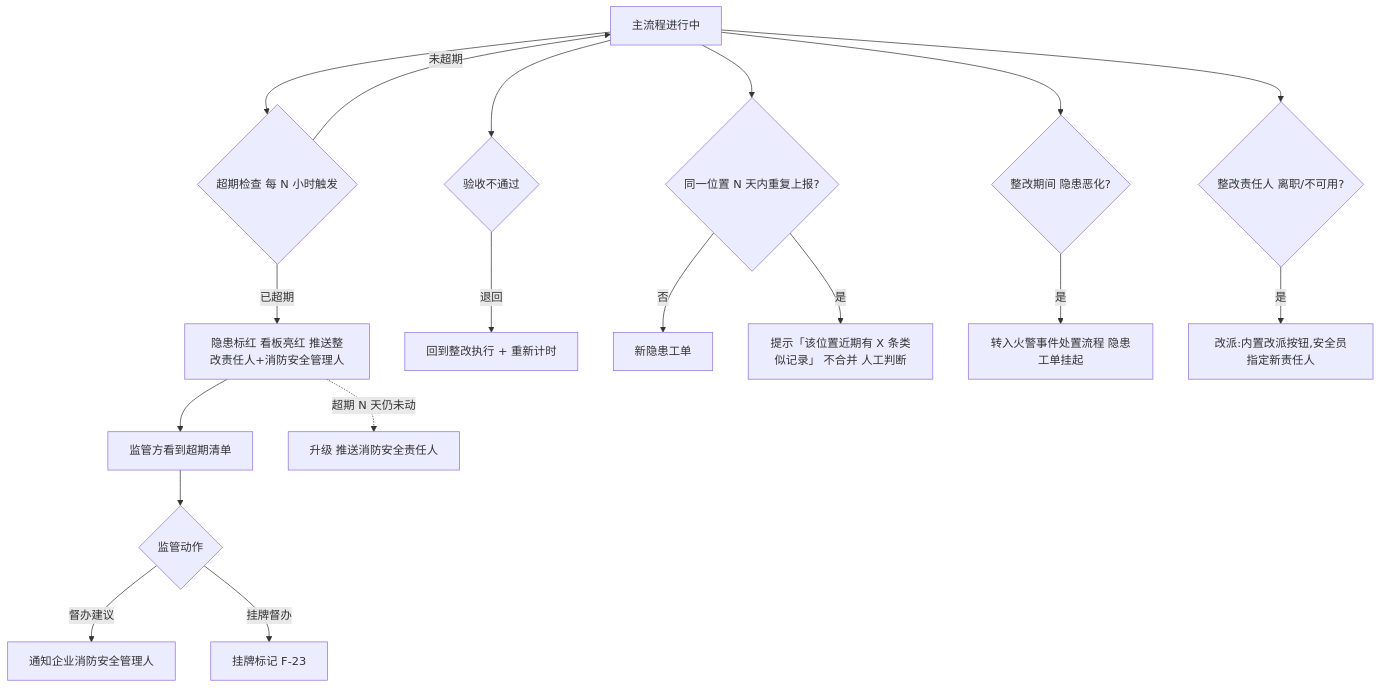
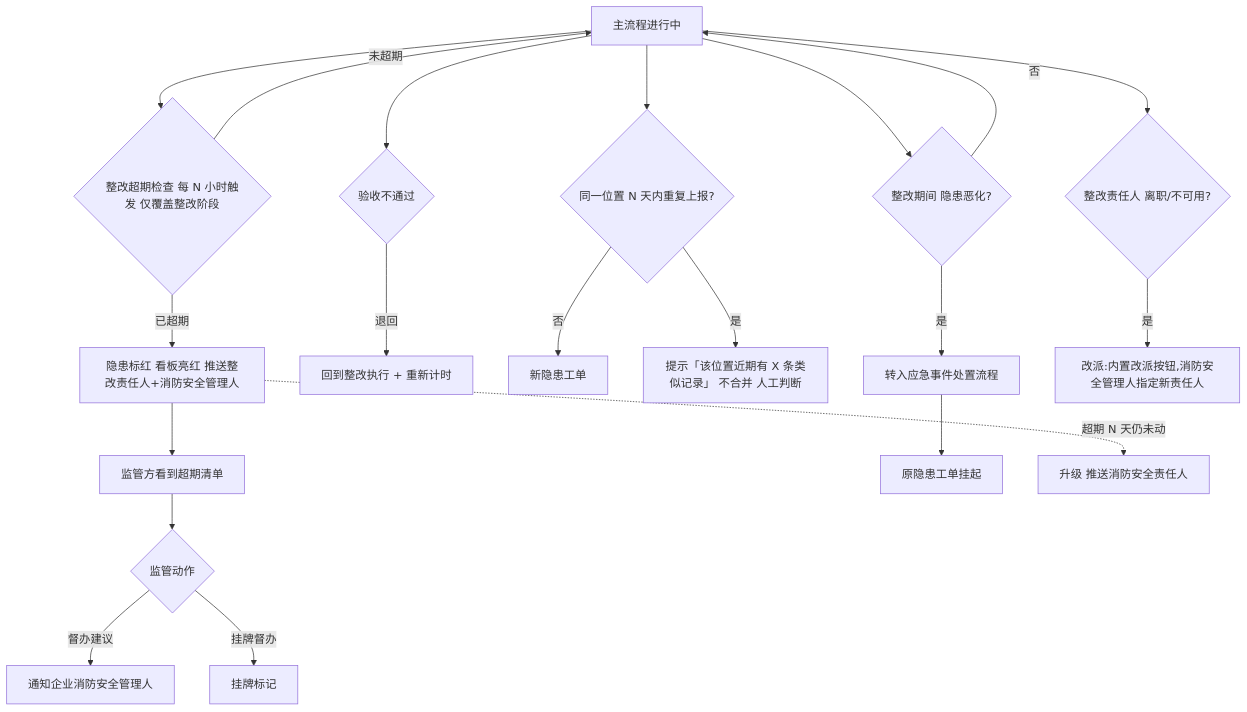
The second of 8 diagrams in docs/隐患管理/biz-design-大纲.md (LiSunny/SaaS_Demo), drawn with Mermaid before and after one commit. The commit also changed other lines of this file and 1 other file, not shown here.

````diff
--- a/docs/隐患管理/biz-design-大纲.md
+++ b/docs/隐患管理/biz-design-大纲.md
@@ -359,27 +302,28 @@
 ```mermaid
 flowchart TD
-    Normal[主流程进行中] --> OverdueCheck{超期检查 每 N 小时触发}
+    Normal[主流程进行中] --> RectOverdueCheck{整改超期检查 每 N 小时触发 仅覆盖整改阶段}
 
-    OverdueCheck -->|未超期| Normal
-    OverdueCheck -->|已超期| RedFlag[隐患标红 看板亮红 推送整改责任人+消防安全管理人]
+    RectOverdueCheck -->|未超期| Normal
+    RectOverdueCheck -->|已超期| RedFlag[隐患标红 看板亮红 推送整改责任人+消防安全管理人]
 
     RedFlag --> Supervisor[监管方看到超期清单]
     Supervisor --> SuperviseAction{监管动作}
     SuperviseAction -->|督办建议| NotifyOwner[通知企业消防安全管理人]
-    SuperviseAction -->|挂牌督办| Mark[挂牌标记 F-23]
+    SuperviseAction -->|挂牌督办| Mark[挂牌标记]
 
     Normal --> VerifyReject{验收不通过}
     VerifyReject -->|退回| Retry[回到整改执行 + 重新计时]
 
     Normal --> DupReport{同一位置 N 天内重复上报?}
     DupReport -->|否| NewOne[新隐患工单]
     DupReport -->|是| Hint[提示「该位置近期有 X 条类似记录」 不合并 人工判断]
 
     Normal --> Aggravate{整改期间 隐患恶化?}
-    Aggravate -->|是| FireEvent[转入火警事件处置流程 隐患工单挂起]
+    Aggravate -->|否| Normal
+    Aggravate -->|是| EmergencyEvent[转入应急事件处置流程] --> Suspend[原隐患工单挂起]
 
     Normal --> Resign{整改责任人 离职/不可用?}
-    Resign -->|是| Reassign[改派:内置改派按钮,安全员指定新责任人]
+    Resign -->|是| Reassign[改派:内置改派按钮,消防安全管理人指定新责任人]
 
     RedFlag -.->|超期 N 天仍未动| Escalate[升级 推送消防安全责任人]
 ```
````
